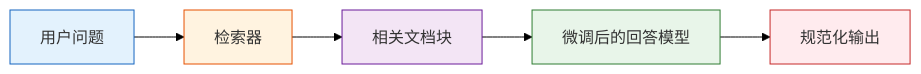
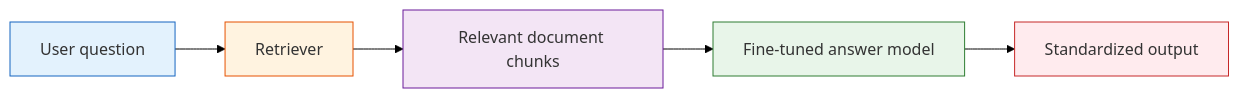
Before and after one commit to oudbiao/AI-fullstack-course: the diagram in docs/ch08-rag/ch05-projects/02-domain-rag-finetuning.md, drawn with Mermaid (forest theme). The commit also changed other lines of this file and 1406 other files, not shown here.

````diff
--- a/docs/ch08-rag/ch05-projects/02-domain-rag-finetuning.md
+++ b/docs/ch08-rag/ch05-projects/02-domain-rag-finetuning.md
@@ -96,13 +96,13 @@
 ```mermaid
 flowchart LR
-    A["用户问题"] --> B["检索器"]
-    B --> C["相关文档块"]
-    C --> D["微调后的回答模型"]
-    D --> E["规范化输出"]
+    A["User question"] --> B["Retriever"]
+    B --> C["Relevant document chunks"]
+    C --> D["Fine-tuned answer model"]
+    D --> E["Standardized output"]
 
     style A fill:#e3f2fd,stroke:#1565c0,color:#333
     style B fill:#fff3e0,stroke:#e65100,color:#333
     style C fill:#f3e5f5,stroke:#6a1b9a,color:#333
     style D fill:#e8f5e9,stroke:#2e7d32,color:#333
     style E fill:#ffebee,stroke:#c62828,color:#333
 ```
````
